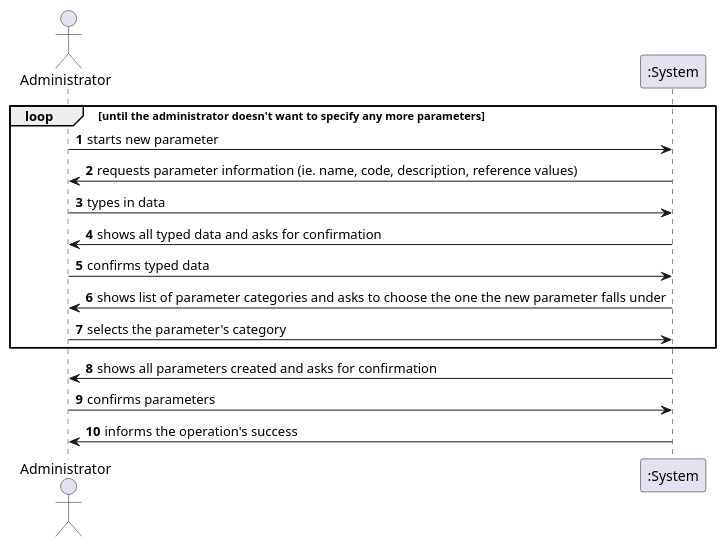
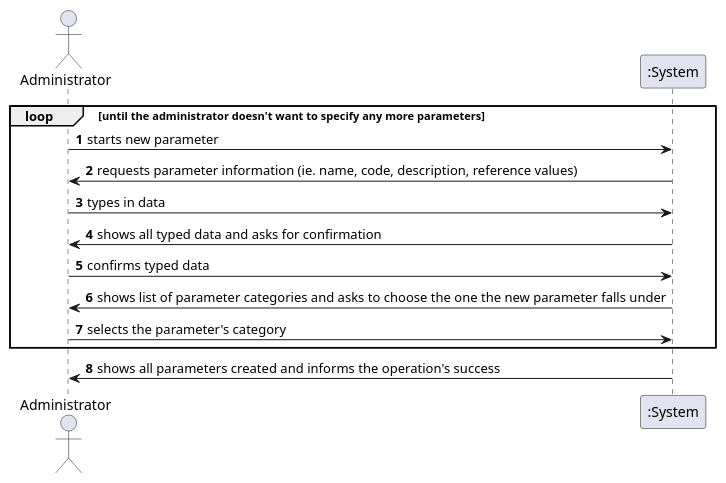
One commit to MadDinosaur/ISEP-LAPR2 changed the diagram in docs/SprintB/US10/US10_SSD.puml. Above: the diagram before and after it, drawn with PlantUML. The commit also changed 13 other files, not shown here.

```diff
--- a/docs/SprintB/US10/US10_SSD.puml
+++ b/docs/SprintB/US10/US10_SSD.puml
@@ -1,20 +1,18 @@
 @startuml
 
 autonumber
 
 actor Administrator
 
 loop until the administrator doesn't want to specify any more parameters
 Administrator -> ":System": starts new parameter
 ":System" -> Administrator: requests parameter information (ie. name, code, description, reference values)
 Administrator -> ":System": types in data
 ":System" -> Administrator: shows all typed data and asks for confirmation
 Administrator -> ":System": confirms typed data
 ":System" -> Administrator: shows list of parameter categories and asks to choose the one the new parameter falls under
 Administrator -> ":System": selects the parameter's category
 end loop
-":System" -> Administrator: shows all parameters created and asks for confirmation
-Administrator -> ":System": confirms parameters
-":System" -> Administrator: informs the operation's success
+":System" -> Administrator: shows all parameters created and informs the operation's success
 
 @enduml
```
